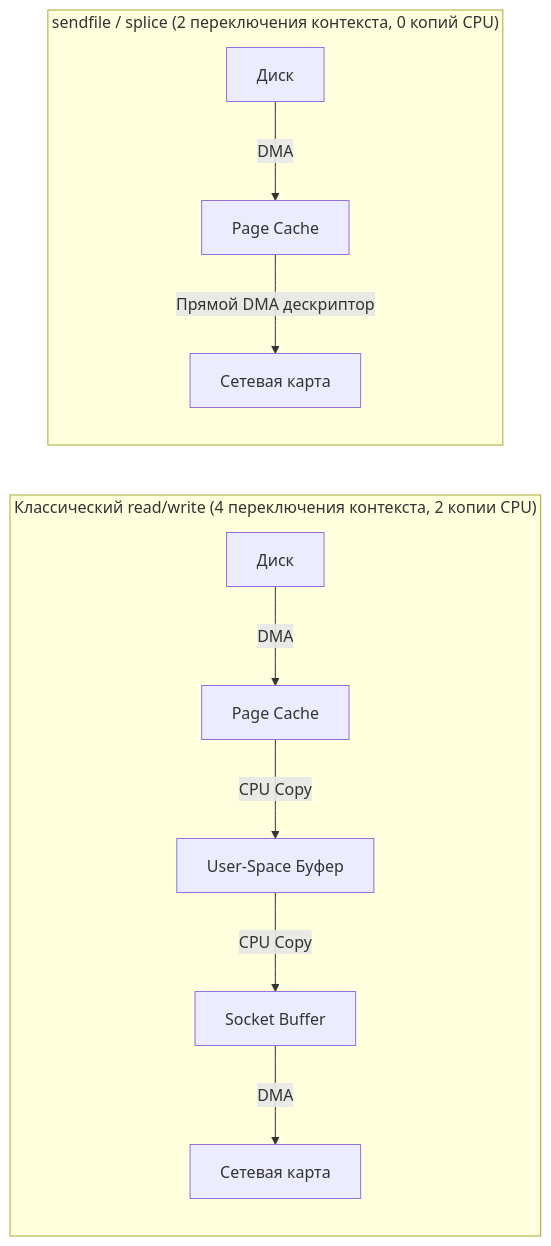
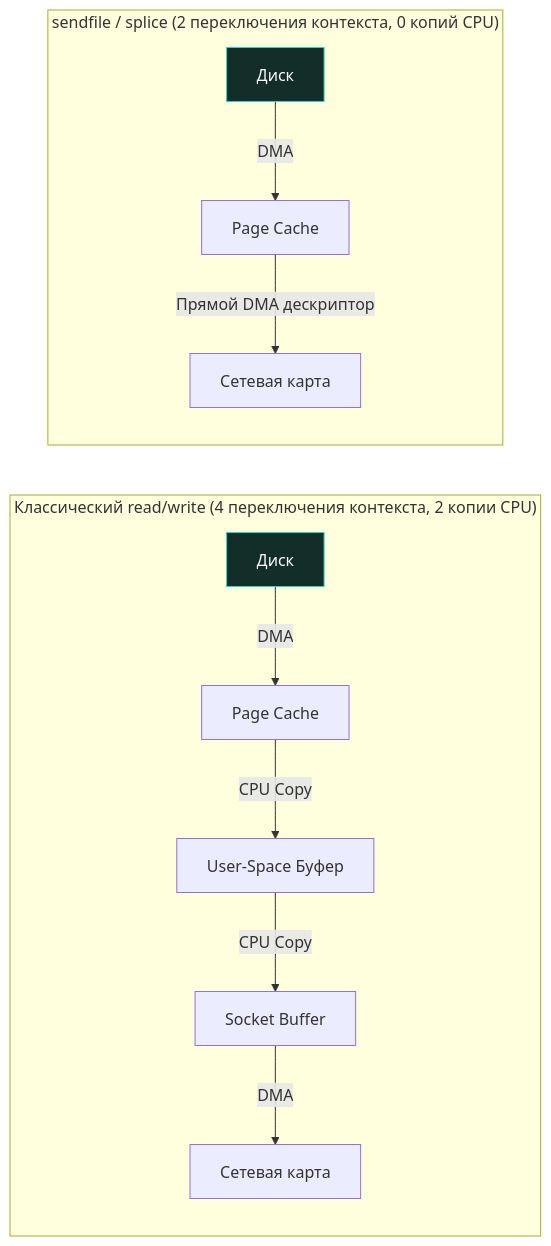
Before and after one commit to UnrealTemplier/go-textbook: the second of 3 diagrams in sources/3. Компьютерные сети и сетевой стек/28. nginx, Envoy и HAProxy. Как работают современные прокси.md, drawn with Mermaid. The commit also changed other lines of this file and 1666 other files, not shown here.

First line of the commit message:
feat(mermaid): add semantic color classDef to 1369 colorless flowchart/graph diagrams

````diff
--- a/sources/3. Компьютерные сети и сетевой стек/28. nginx, Envoy и HAProxy. Как работают современные прокси.md
+++ b/sources/3. Компьютерные сети и сетевой стек/28. nginx, Envoy и HAProxy. Как работают современные прокси.md
@@ -52,14 +62,24 @@
 ```mermaid
 flowchart LR
+    classDef process  fill:#1e293b,stroke:#38bdf8,stroke-width:1px,color:#f8fafc
+    classDef success  fill:#064e3b,stroke:#34d399,stroke-width:1px,color:#f8fafc
+    classDef error    fill:#7f1d1d,stroke:#f87171,stroke-width:1px,color:#f8fafc
+    classDef warning  fill:#78350f,stroke:#fbbf24,stroke-width:1px,color:#f8fafc
+    classDef entry    fill:#1e3a5f,stroke:#38bdf8,stroke-width:2px,color:#f8fafc
+    classDef aux      fill:#334155,stroke:#64748b,stroke-width:1px,color:#f8fafc
+    classDef system   fill:#312e81,stroke:#a78bfa,stroke-width:1px,color:#f8fafc
+    classDef data     fill:#132d29,stroke:#2dd4bf,stroke-width:1px,color:#f8fafc
+    classDef network  fill:#881337,stroke:#fb7185,stroke-width:1px,color:#f8fafc
+    classDef accent   fill:#1e1b4b,stroke:#818cf8,stroke-width:1px,color:#f8fafc
     subgraph TraditionalCopy ["Классический read/write (4 переключения контекста, 2 копии CPU)"]
-        Disk1["Диск"] -->|"DMA"| PageCache1["Page Cache"]
+        Disk1["Диск"]:::data -->|"DMA"| PageCache1["Page Cache"]
         PageCache1 -->|"CPU Copy"| UserBuf["User-Space Буфер"]
         UserBuf -->|"CPU Copy"| SockBuf1["Socket Buffer"]
         SockBuf1 -->|"DMA"| NIC1["Сетевая карта"]
     end
 
     subgraph ZeroCopySendfile ["sendfile / splice (2 переключения контекста, 0 копий CPU)"]
-        Disk2["Диск"] -->|"DMA"| PageCache2["Page Cache"]
+        Disk2["Диск"]:::data -->|"DMA"| PageCache2["Page Cache"]
         PageCache2 -->|"Прямой DMA дескриптор"| NIC2["Сетевая карта"]
     end
 ```
````
